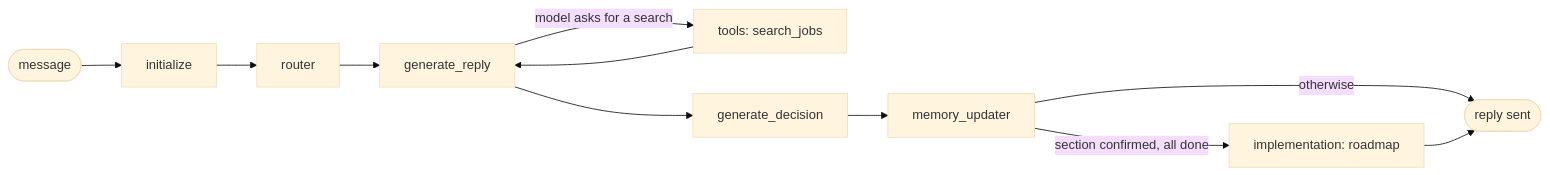
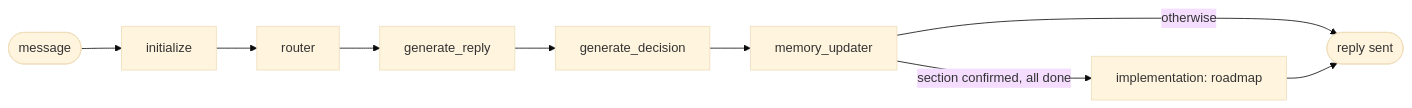
Before and after one commit to SafinMahmud/xbuddy-template: the first of 2 diagrams in readme.md, drawn with Mermaid (base theme). The commit also changed other lines of this file and 1 other file, not shown here.

First line of the commit message:
docs: architecture explanation, demo placeholder, README matches the tool removal

````diff
--- a/readme.md
+++ b/readme.md
@@ -40,13 +42,11 @@
 ```mermaid
 flowchart LR
     S([message]) --> I[initialize]
     I --> R[router]
     R --> G[generate_reply]
-    G -- "model asks for a search" --> T[tools: search_jobs]
-    T --> G
     G --> D[generate_decision]
     D --> M[memory_updater]
     M -- "section confirmed, all done" --> P[implementation: roadmap]
     M -- "otherwise" --> E([reply sent])
     P --> E
 ```
````
